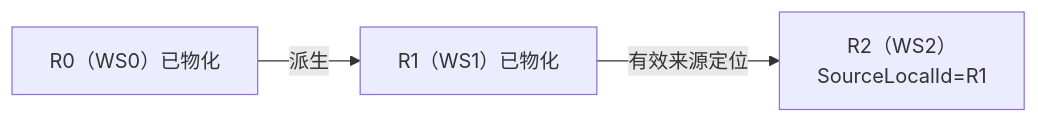
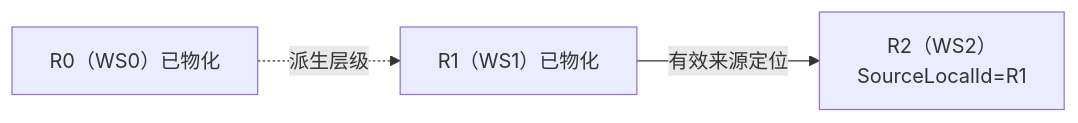
One commit to Greytrack/ddd-workingset changed the second of 4 diagrams in docs/working-set/diagrams/lighttrackeritem-lifecycle.md. Above: the diagram before and after it, drawn with Mermaid. The commit also changed 44 other files, not shown here.

````diff
--- a/docs/working-set/diagrams/lighttrackeritem-lifecycle.md
+++ b/docs/working-set/diagrams/lighttrackeritem-lifecycle.md
@@ -27,8 +27,8 @@
 ```mermaid
 flowchart LR
     R0["R0（WS0）已物化"]
     R1["R1（WS1）已物化"]
     R2["R2（WS2）<br/>SourceLocalId=R1"]
-    R0 -->|"派生"| R1
+    R0 -.->|"派生层级"| R1
     R1 -->|"有效来源定位"| R2
 ```
````
